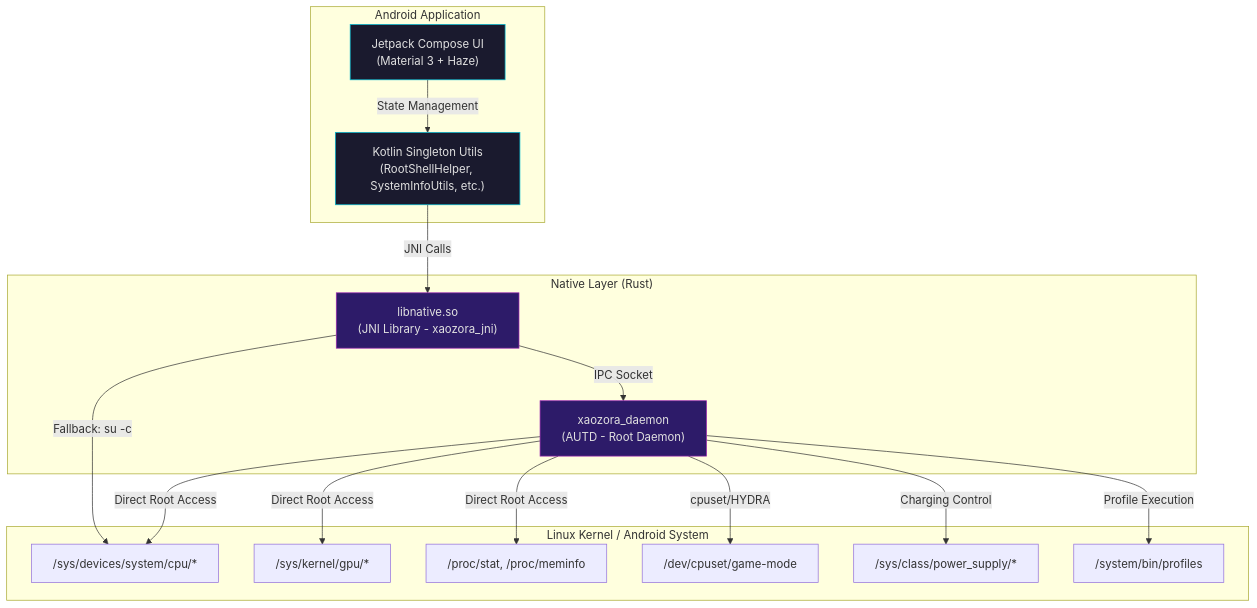
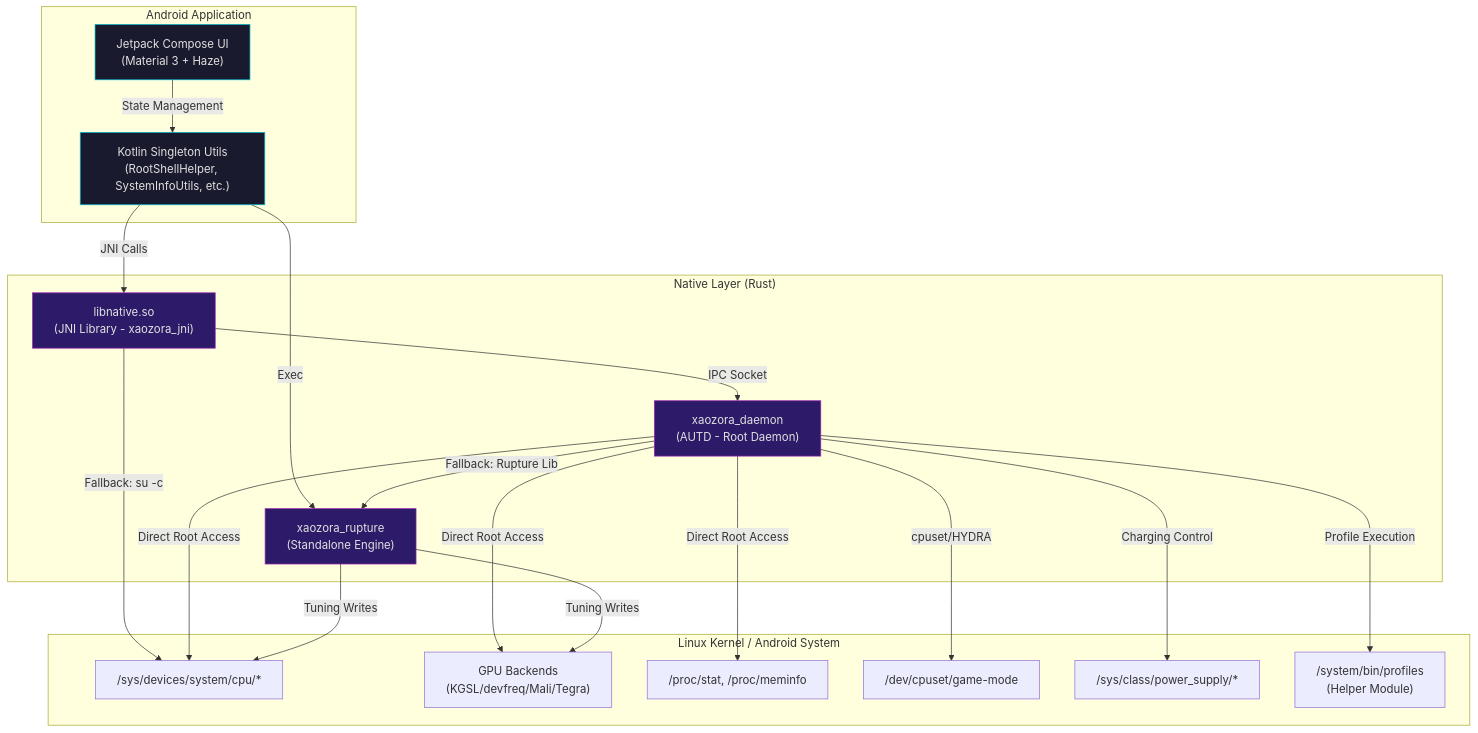
The diagram in README.md (xMikkkaa/Aozora-Kernel-Manager), drawn with Mermaid before and after one commit. The commit also changed other lines of this file, not shown here.

First line of the commit message:
docs: readme: sync architecture with rupture engine and universal tuning

````diff
--- a/README.md
+++ b/README.md
@@ -88,37 +91,43 @@
 ```mermaid
 graph TD
     subgraph "Android Application"
         A["Jetpack Compose UI<br/>(Material 3 + Haze)"]
         B["Kotlin Singleton Utils<br/>(RootShellHelper, SystemInfoUtils, etc.)"]
     end
 
     subgraph "Native Layer (Rust)"
         C["libnative.so<br/>(JNI Library - xaozora_jni)"]
         D["xaozora_daemon<br/>(AUTD - Root Daemon)"]
+        K["xaozora_rupture<br/>(Standalone Engine)"]
     end
 
     subgraph "Linux Kernel / Android System"
         E["/sys/devices/system/cpu/*"]
-        F["/sys/kernel/gpu/*"]
+        F["GPU Backends<br/>(KGSL/devfreq/Mali/Tegra)"]
         G["/proc/stat, /proc/meminfo"]
         H["/dev/cpuset/game-mode"]
         I["/sys/class/power_supply/*"]
-        J["/system/bin/profiles"]
+        J["/system/bin/profiles<br/>(Helper Module)"]
     end
 
     A -->|"State Management"| B
     B -->|"JNI Calls"| C
+    B -->|"Exec"| K
     C -->|"IPC Socket"| D
     C -->|"Fallback: su -c"| E
     D -->|"Direct Root Access"| E
     D -->|"Direct Root Access"| F
     D -->|"Direct Root Access"| G
     D -->|"cpuset/HYDRA"| H
     D -->|"Charging Control"| I
     D -->|"Profile Execution"| J
+    D -->|"Fallback: Rupture Lib"| K
+    K -->|"Tuning Writes"| E
+    K -->|"Tuning Writes"| F
 
     style A fill:#1a1a2e,stroke:#00bcd4,color:#e0e0e0
     style B fill:#1a1a2e,stroke:#00bcd4,color:#e0e0e0
     style C fill:#2d1b69,stroke:#9c27b0,color:#e0e0e0
     style D fill:#2d1b69,stroke:#9c27b0,color:#e0e0e0
+    style K fill:#2d1b69,stroke:#9c27b0,color:#e0e0e0
 ```
````
